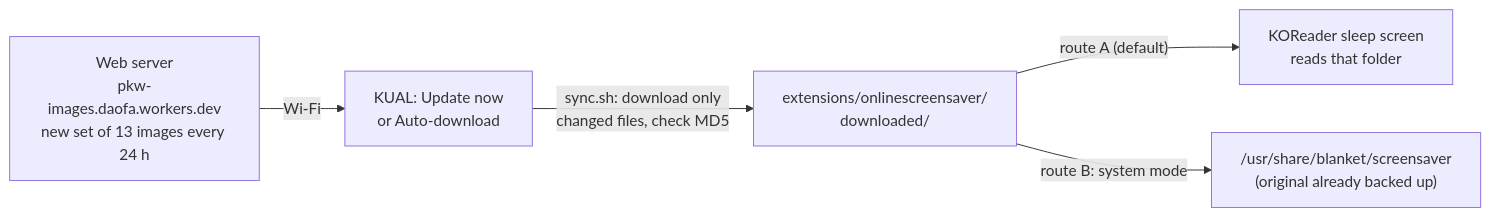
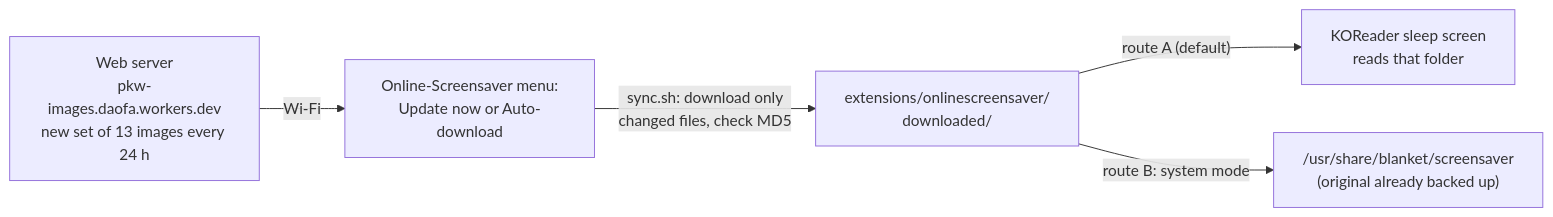
One commit to GalaxyGroot/konline_screensaver changed the second of 2 diagrams in README.md. Above: the diagram before and after it, drawn with Mermaid. The commit also changed other lines of this file, not shown here.

Commit message:
README: label diagram boxes as Online-Screensaver menu

````diff
--- a/README.md
+++ b/README.md
@@ -28,7 +28,7 @@
 ```mermaid
 flowchart LR
-    A["Web server<br/>pkw-images.daofa.workers.dev<br/>new set of 13 images every 24 h"] -- "Wi-Fi" --> B["KUAL: Update now<br/>or Auto-download"]
+    A["Web server<br/>pkw-images.daofa.workers.dev<br/>new set of 13 images every 24 h"] -- "Wi-Fi" --> B["Online-Screensaver menu:<br/>Update now or Auto-download"]
     B -- "sync.sh: download only<br/>changed files, check MD5" --> C["extensions/onlinescreensaver/<br/>downloaded/"]
     C -- "route A (default)" --> D["KOReader sleep screen<br/>reads that folder"]
     C -- "route B: system mode" --> E["/usr/share/blanket/screensaver<br/>(original already backed up)"]
 ```
````
